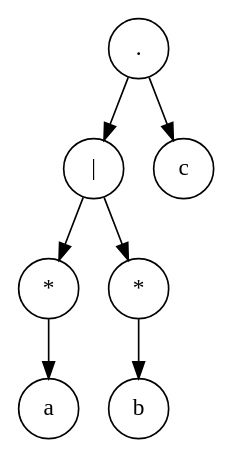
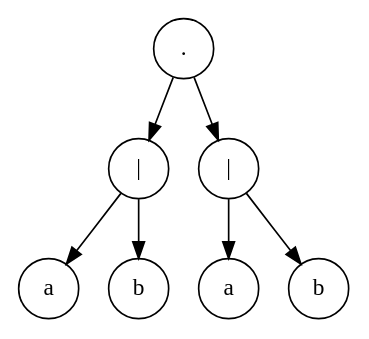
Before and after one commit to JoseGon20335/labC-lenguajes: the diagram in results/Tree.gv, drawn with Graphviz. The commit also changed 6 other files, not shown here.

```diff
--- a/results/Tree.gv
+++ b/results/Tree.gv
@@ -1,17 +1,17 @@
 // resultado
 digraph "results/Tree" {
 	graph [rankdir=TB]
-	3059231426352 [label="." shape=circle]
-	3059231426160 [label="|" shape=circle]
-	3059231425872 [label="*" shape=circle]
-	3059231425104 [label=a shape=circle]
-	3059231425872 -> 3059231425104
-	3059231426160 -> 3059231425872
-	3059231426064 [label="*" shape=circle]
-	3059231425968 [label=b shape=circle]
-	3059231426064 -> 3059231425968
-	3059231426160 -> 3059231426064
-	3059231426352 -> 3059231426160
-	3059231426256 [label=c shape=circle]
-	3059231426352 -> 3059231426256
+	2674886234592 [label="." shape=circle]
+	2674886234208 [label="|" shape=circle]
+	2674886234016 [label=a shape=circle]
+	2674886234208 -> 2674886234016
+	2674886234112 [label=b shape=circle]
+	2674886234208 -> 2674886234112
+	2674886234592 -> 2674886234208
+	2674886234496 [label="|" shape=circle]
+	2674886234304 [label=a shape=circle]
+	2674886234496 -> 2674886234304
+	2674886234400 [label=b shape=circle]
+	2674886234496 -> 2674886234400
+	2674886234592 -> 2674886234496
 }
```
